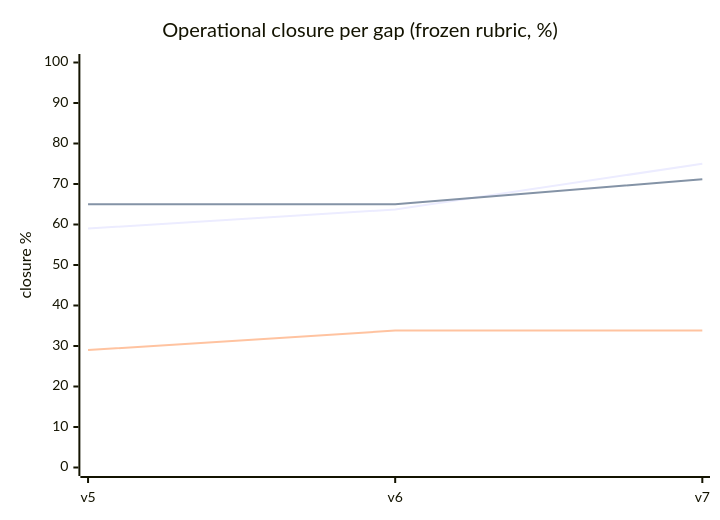
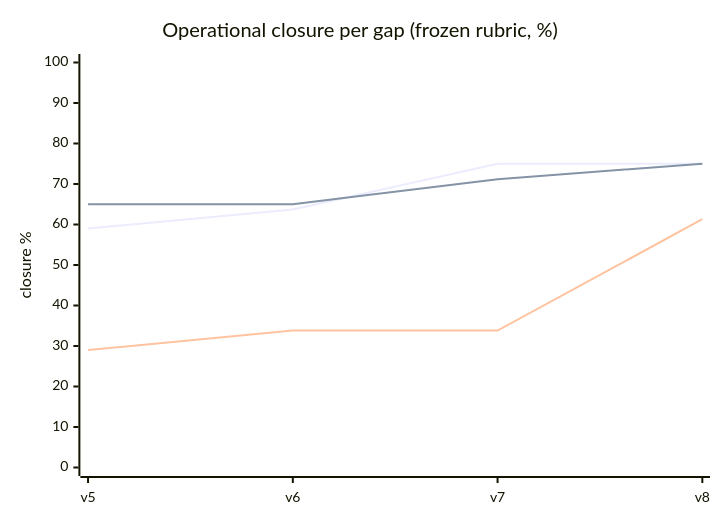
The second of 4 diagrams in README.md (NaishaShetty/Agent-Memory-Poisoning), drawn with Mermaid before and after one commit. The commit also changed other lines of this file and 1384 other files, not shown here.

````diff
--- a/README.md
+++ b/README.md
@@ -84,9 +85,9 @@
 ```mermaid
 xychart-beta
     title "Operational closure per gap (frozen rubric, %)"
-    x-axis ["v5", "v6", "v7"]
+    x-axis ["v5", "v6", "v7", "v8"]
     y-axis "closure %" 0 --> 100
-    line "Gap 1 provenance" [59, 63.7, 75.0]
-    line "Gap 2 propagation" [65, 65.0, 71.2]
-    line "Gap 3 sleepers" [29, 33.8, 33.8]
+    line "Gap 1 provenance" [59, 63.7, 75.0, 75.0]
+    line "Gap 2 propagation" [65, 65.0, 71.2, 75.0]
+    line "Gap 3 sleepers" [29, 33.8, 33.8, 61.3]
 ```
````
